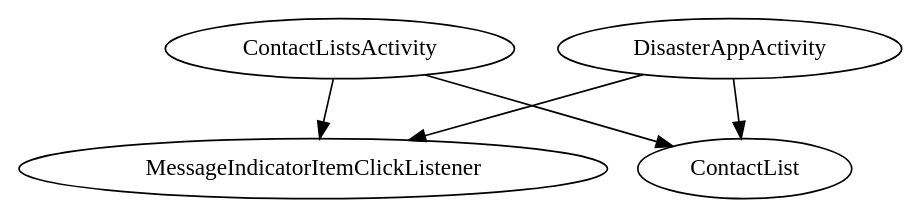
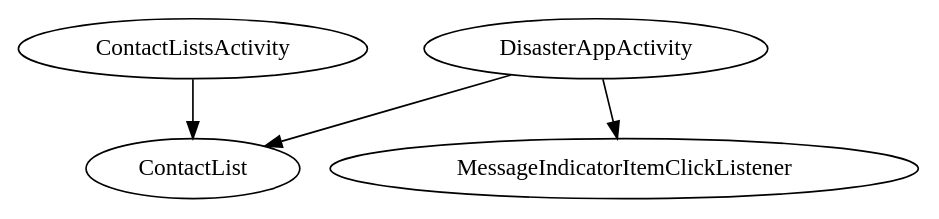
Before and after one commit to riis/ProgrammingChallengeAndroid: the diagram in DisasterAppActivity/.apt_generated/com/riis/dagger/DisasterAppObjectGraph.dot, drawn with Graphviz. The commit also changed 5 other files, not shown here.

```diff
--- a/DisasterAppActivity/.apt_generated/com/riis/dagger/DisasterAppObjectGraph.dot
+++ b/DisasterAppActivity/.apt_generated/com/riis/dagger/DisasterAppObjectGraph.dot
@@ -1,7 +1,6 @@
 digraph G1 {
   concentrate = true;
-  ContactListsActivity -> MessageIndicatorItemClickListener;
   ContactListsActivity -> ContactList;
   DisasterAppActivity -> MessageIndicatorItemClickListener;
   DisasterAppActivity -> ContactList;
 }
```
